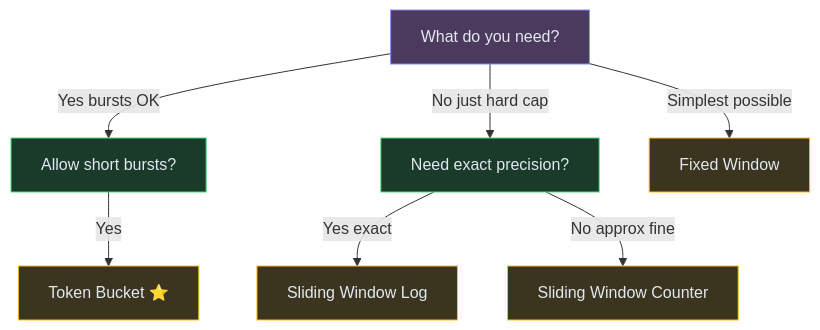
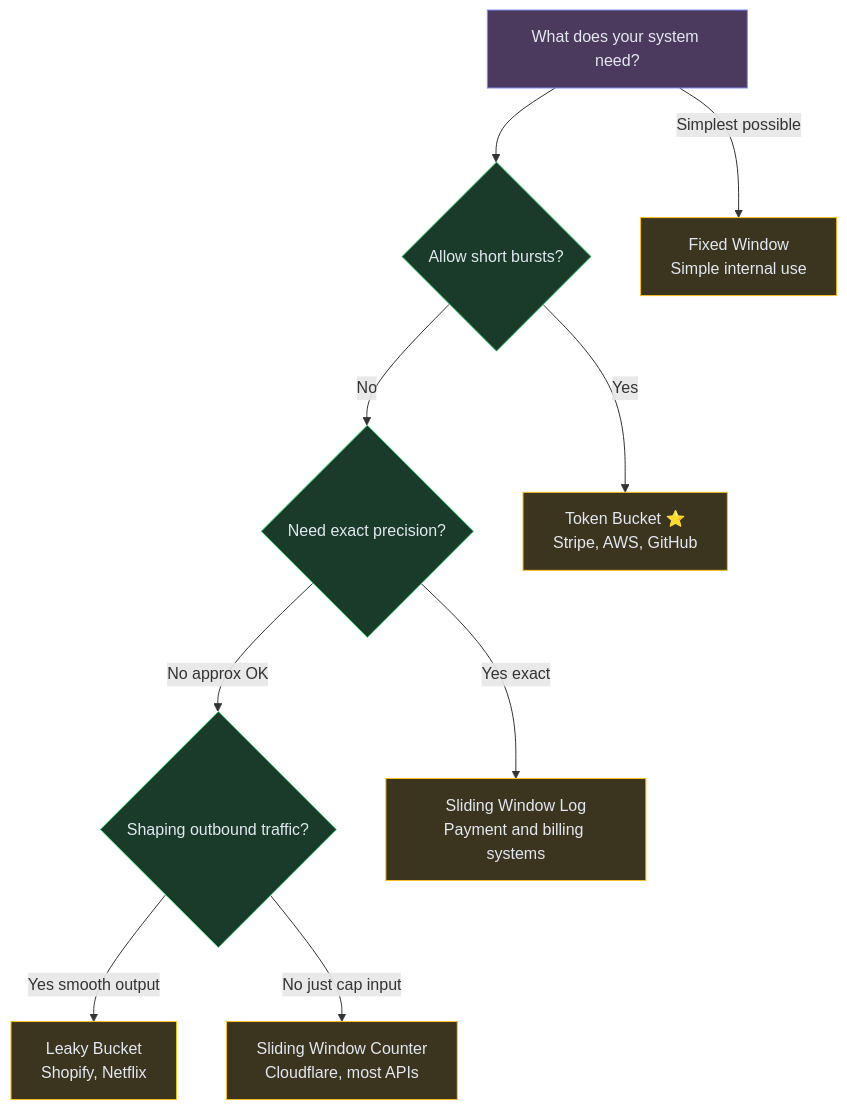
Before and after one commit to iluzn/HLD-Designs: the eighth of 15 diagrams in content/hld/RateLimiter.md, drawn with Mermaid. The commit also changed other lines of this file, not shown here.

Commit message:
content: rewrite rate limiter algorithms section with detailed explanations, examples, and Leaky Bucket

````diff
--- a/content/hld/RateLimiter.md
+++ b/content/hld/RateLimiter.md
@@ -240,21 +445,25 @@
 ```mermaid
 flowchart TD
-    START["What do you need?"]:::client
-    BURST["Allow short bursts?"]:::service
-    EXACT["Need exact precision?"]:::service
-    TB["Token Bucket ⭐"]:::data
-    SWC["Sliding Window Counter"]:::data
-    SWL["Sliding Window Log"]:::data
-    FW["Fixed Window"]:::data
+    START["What does your system need?"]:::client
+    Q1{"Allow short bursts?"}:::service
+    Q2{"Need exact precision?"}:::service
+    Q3{"Shaping outbound traffic?"}:::service
+    TB["Token Bucket ⭐<br/>Stripe, AWS, GitHub"]:::data
+    SWC["Sliding Window Counter<br/>Cloudflare, most APIs"]:::data
+    SWL["Sliding Window Log<br/>Payment and billing systems"]:::data
+    LB["Leaky Bucket<br/>Shopify, Netflix"]:::data
+    FW["Fixed Window<br/>Simple internal use"]:::data
 
-    START -->|"Yes bursts OK"| BURST
-    START -->|"No just hard cap"| EXACT
-    BURST -->|"Yes"| TB
-    EXACT -->|"Yes exact"| SWL
-    EXACT -->|"No approx fine"| SWC
+    START --> Q1
+    Q1 -->|"Yes"| TB
+    Q1 -->|"No"| Q2
+    Q2 -->|"Yes exact"| SWL
+    Q2 -->|"No approx OK"| Q3
+    Q3 -->|"Yes smooth output"| LB
+    Q3 -->|"No just cap input"| SWC
     START -->|"Simplest possible"| FW
 
     classDef client fill:#4c3a5e,stroke:#818cf8,color:#e2e8f0
     classDef service fill:#1a3a2a,stroke:#4ade80,color:#e2e8f0
     classDef data fill:#3b3520,stroke:#fbbf24,color:#e2e8f0
 ```
````
